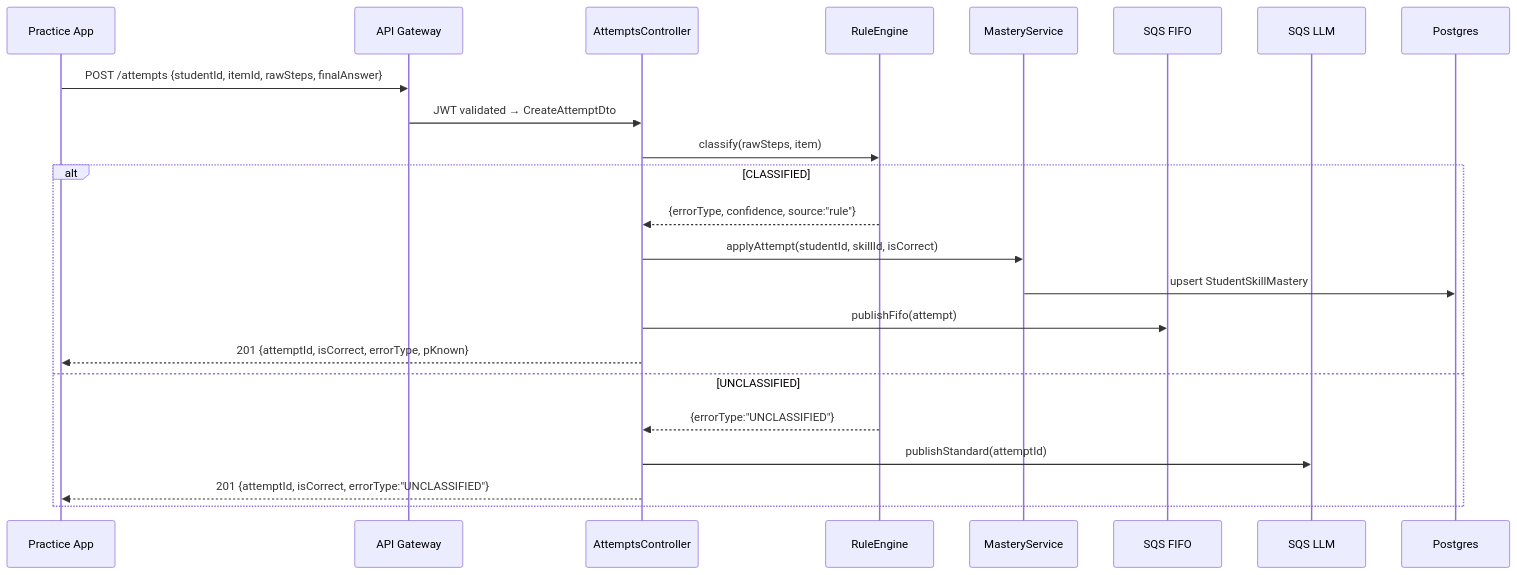
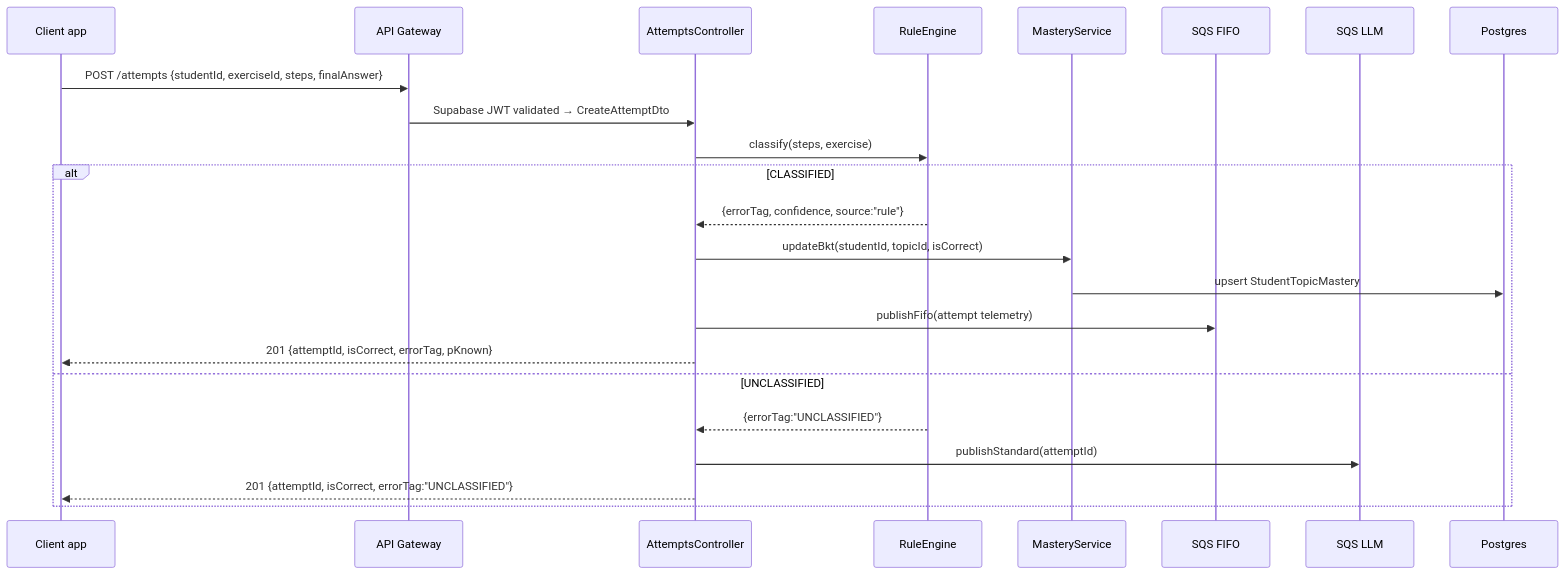
Before and after one commit to vruizz22/innova-backend-serverless: the second of 2 diagrams in README.md, drawn with Mermaid. The commit also changed other lines of this file, not shown here.

````diff
--- a/README.md
+++ b/README.md
@@ -148,26 +132,26 @@
 ```mermaid
 sequenceDiagram
-  participant APP as Practice App
+  participant APP as Client app
   participant AGW as API Gateway
   participant CTL as AttemptsController
   participant RE as RuleEngine
-  participant BKT as MasteryService
-  participant SQS_F as SQS FIFO
-  participant SQS_L as SQS LLM
+  participant M as MasteryService
+  participant SF as SQS FIFO
+  participant SL as SQS LLM
   participant PG as Postgres
 
-  APP->>AGW: POST /attempts {studentId, itemId, rawSteps, finalAnswer}
-  AGW->>CTL: JWT validated → CreateAttemptDto
-  CTL->>RE: classify(rawSteps, item)
+  APP->>AGW: POST /attempts {studentId, exerciseId, steps, finalAnswer}
+  AGW->>CTL: Supabase JWT validated → CreateAttemptDto
+  CTL->>RE: classify(steps, exercise)
   alt CLASSIFIED
-    RE-->>CTL: {errorType, confidence, source:"rule"}
-    CTL->>BKT: applyAttempt(studentId, skillId, isCorrect)
-    BKT->>PG: upsert StudentSkillMastery
-    CTL->>SQS_F: publishFifo(attempt)
-    CTL-->>APP: 201 {attemptId, isCorrect, errorType, pKnown}
+    RE-->>CTL: {errorTag, confidence, source:"rule"}
+    CTL->>M: updateBkt(studentId, topicId, isCorrect)
+    M->>PG: upsert StudentTopicMastery
+    CTL->>SF: publishFifo(attempt telemetry)
+    CTL-->>APP: 201 {attemptId, isCorrect, errorTag, pKnown}
   else UNCLASSIFIED
-    RE-->>CTL: {errorType:"UNCLASSIFIED"}
-    CTL->>SQS_L: publishStandard(attemptId)
-    CTL-->>APP: 201 {attemptId, isCorrect, errorType:"UNCLASSIFIED"}
+    RE-->>CTL: {errorTag:"UNCLASSIFIED"}
+    CTL->>SL: publishStandard(attemptId)
+    CTL-->>APP: 201 {attemptId, isCorrect, errorTag:"UNCLASSIFIED"}
   end
 ```
````
